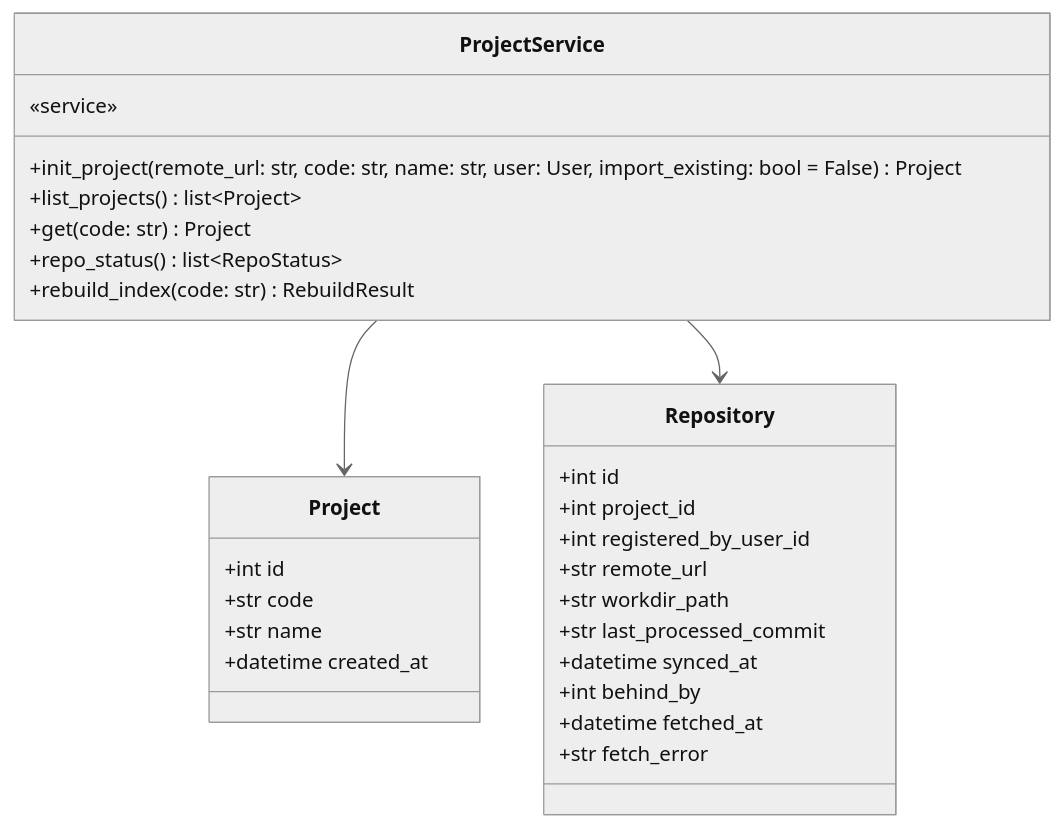
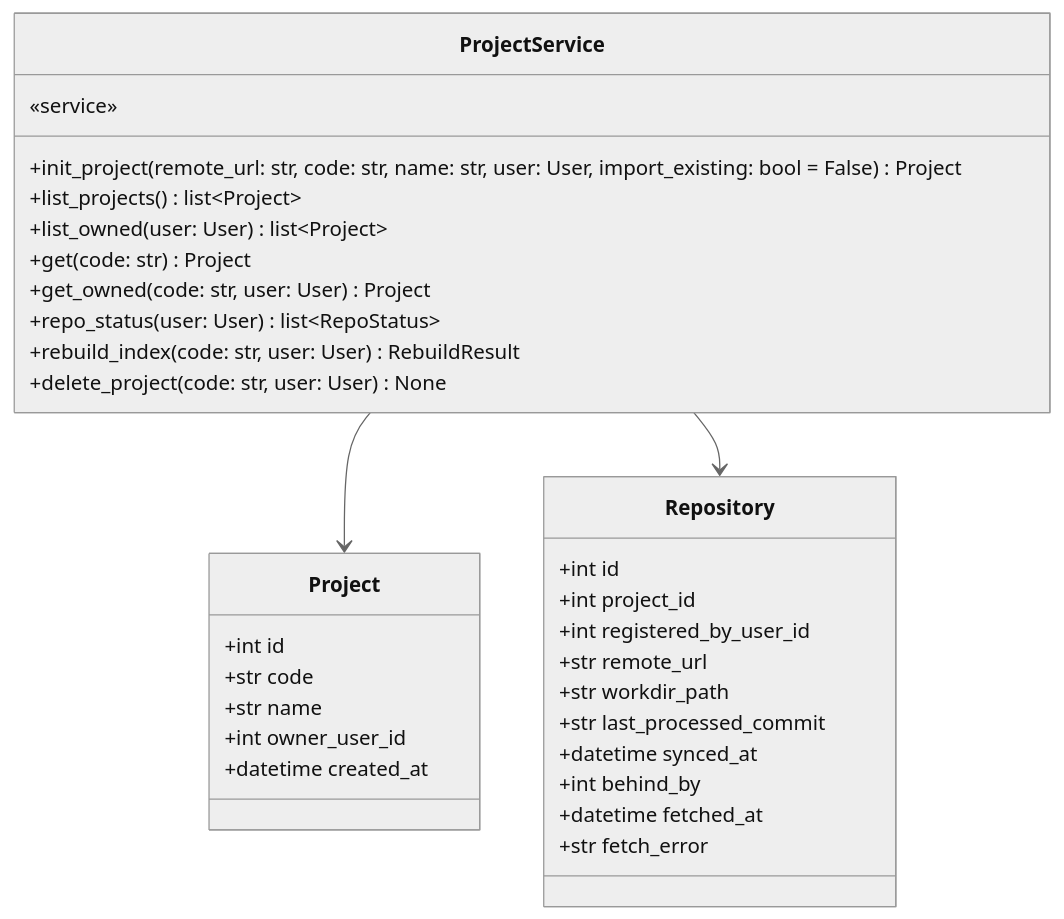
Diagram 13 of 16 in docs/specs/06-DOM/SYNC-DOM-002.md (HoyoungParkme/syncdoc), drawn with Mermaid (neutral theme) before and after one commit. The commit also changed other lines of this file and 38 other files, not shown here.

````diff
--- a/docs/specs/06-DOM/SYNC-DOM-002.md
+++ b/docs/specs/06-DOM/SYNC-DOM-002.md
@@ -510,31 +513,35 @@
 ```mermaid
 classDiagram
     class ProjectService {
         «service»
         +init_project(remote_url: str, code: str, name: str, user: User, import_existing: bool = False) Project
         +list_projects() list~Project~
+        +list_owned(user: User) list~Project~
         +get(code: str) Project
-        +repo_status() list~RepoStatus~
-        +rebuild_index(code: str) RebuildResult
+        +get_owned(code: str, user: User) Project
+        +repo_status(user: User) list~RepoStatus~
+        +rebuild_index(code: str, user: User) RebuildResult
+        +delete_project(code: str, user: User) None
     }
     class Project {
         +int id
         +str code
         +str name
+        +int owner_user_id
         +datetime created_at
     }
     class Repository {
         +int id
         +int project_id
         +int registered_by_user_id
         +str remote_url
         +str workdir_path
         +str last_processed_commit
         +datetime synced_at
         +int behind_by
         +datetime fetched_at
         +str fetch_error
     }
     ProjectService --> Project
     ProjectService --> Repository
 ```
````
